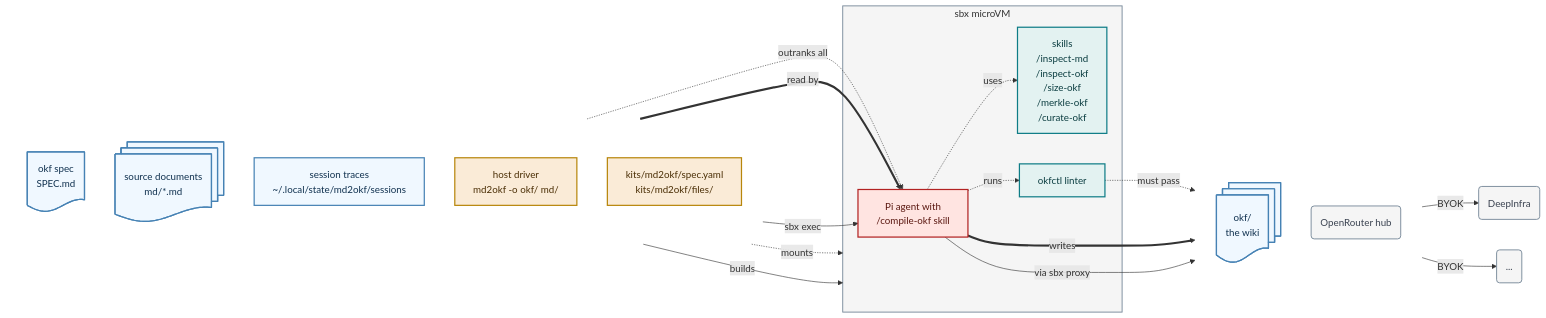
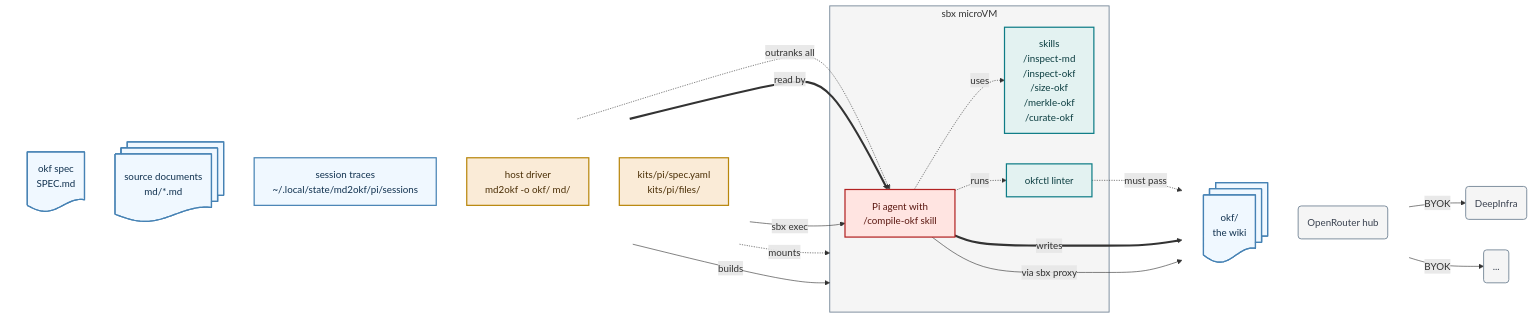
One commit to lars20070/md2okf changed the diagram in README.md. Above: the diagram before and after it, drawn with Mermaid. The commit also changed other lines of this file and 42 other files, not shown here.

Commit message:
Select the agent framework with MD2OKF_AGENT; fix kit fingerprint

````diff
--- a/README.md
+++ b/README.md
@@ -24,52 +24,52 @@
 ```mermaid
 flowchart LR
   subgraph IN[" "]
     direction TB
     SPEC@{ shape: doc, label: "okf spec<br>SPEC.md"}
     MD@{ shape: docs, label: "source documents<br>md/*.md"}
-    STATE["session traces<br/>~/.local/state/md2okf/sessions"]
+    STATE["session traces<br/>~/.local/state/md2okf/pi/sessions"]
     DRV["host driver<br>md2okf -o okf/ md/"]
-    KIT["kits/md2okf/spec.yaml<br/>kits/md2okf/files/"]
+    KIT["kits/pi/spec.yaml<br/>kits/pi/files/"]
   end
 
   subgraph VM["sbx microVM"]
     PI["Pi agent with<br/>/compile-okf skill"]
     TOOLS["skills<br>/inspect-md<br/>/inspect-okf<br/>/size-okf<br/>/merkle-okf<br/>/curate-okf"]
     LINT["okfctl linter"]
   end
 
   subgraph OUT[" "]
     direction TB
     OKF@{ shape: docs, label: "okf/<br/>the wiki"}
     NET("OpenRouter hub")
   end
   NET1("DeepInfra")
   NET2("...")
 
   SPEC -.->|"outranks all"| PI
   MD ==>|"read by"| PI
   STATE -.->|"mounts"| VM
   STATE ~~~ PI
   DRV -->|"sbx exec"| PI
   KIT -->|"builds"| VM
   PI -.->|"uses"| TOOLS
   PI -.->|"runs"| LINT
   LINT -.->|"must pass"| OKF
   PI ==>|"writes"| OKF
   PI -->|"via sbx proxy"| NET
   NET -->|"BYOK"| NET1 & NET2
 
   classDef data    fill:aliceblue,stroke:steelblue,stroke-width:2px,color:#10314F
   classDef host    fill:antiquewhite,stroke:darkgoldenrod,stroke-width:2px,color:#4A2E05
   classDef helper  fill:#E3F2F1,stroke:#0E7C86,stroke-width:2px,color:#0B3D40
   classDef agent   fill:mistyrose,stroke:firebrick,stroke-width:2px,color:#5A1710
   classDef ext     fill:whitesmoke,stroke:lightslategray,stroke-width:1.5px,color:#3A4250
   class MD,SPEC,STATE,OKF data
   class KIT,DRV host
   class TOOLS,LINT helper
   class PI agent
   class NET,NET1,NET2 ext
   style VM fill:whitesmoke,stroke:lightslategray,stroke-width:1.5px
   style IN fill:none,stroke:none
   style OUT fill:none,stroke:none
 ```
````
